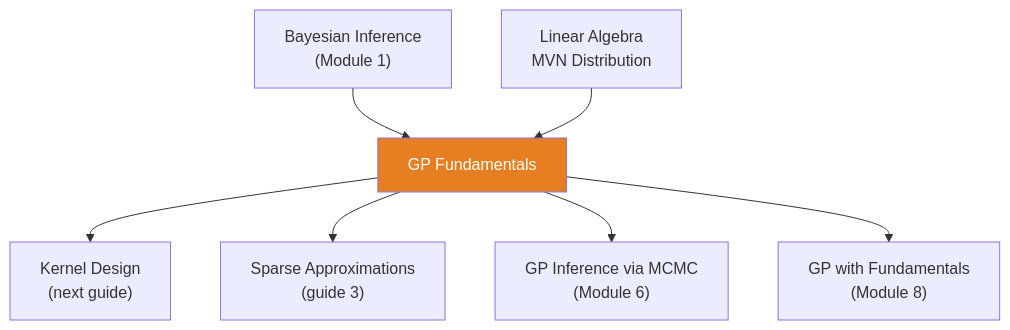
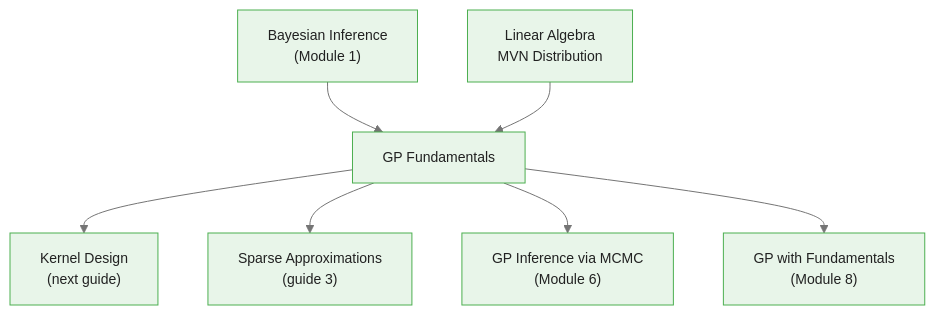
One commit to m-deane/course-creator changed the fourth of 4 diagrams in courses/bayesian-commodity-forecasting/modules/module_05_gaussian_processes/guides/01_gp_fundamentals_slides.md. Above: the diagram before and after it, drawn with Mermaid. The commit also changed other lines of this file and 104 other files, not shown here.

````diff
--- a/courses/bayesian-commodity-forecasting/modules/module_05_gaussian_processes/guides/01_gp_fundamentals_slides.md
+++ b/courses/bayesian-commodity-forecasting/modules/module_05_gaussian_processes/guides/01_gp_fundamentals_slides.md
@@ -294,10 +307,10 @@
 ```mermaid
+%%{init: {"theme": "base", "themeVariables": {"primaryColor": "#e8f5e9", "primaryBorderColor": "#4caf50", "primaryTextColor": "#212121", "secondaryColor": "#e3f2fd", "tertiaryColor": "#fff8e1", "lineColor": "#757575", "fontFamily": "Inter, sans-serif", "fontSize": "14px"}}}%%
 flowchart TD
     BI["Bayesian Inference\n(Module 1)"] --> GP["GP Fundamentals"]
     LA["Linear Algebra\nMVN Distribution"] --> GP
     GP --> KD["Kernel Design\n(next guide)"]
     GP --> SA["Sparse Approximations\n(guide 3)"]
     GP --> INF["GP Inference via MCMC\n(Module 6)"]
     GP --> FI["GP with Fundamentals\n(Module 8)"]
-    style GP fill:#e67e22,color:#fff
 ```
````
